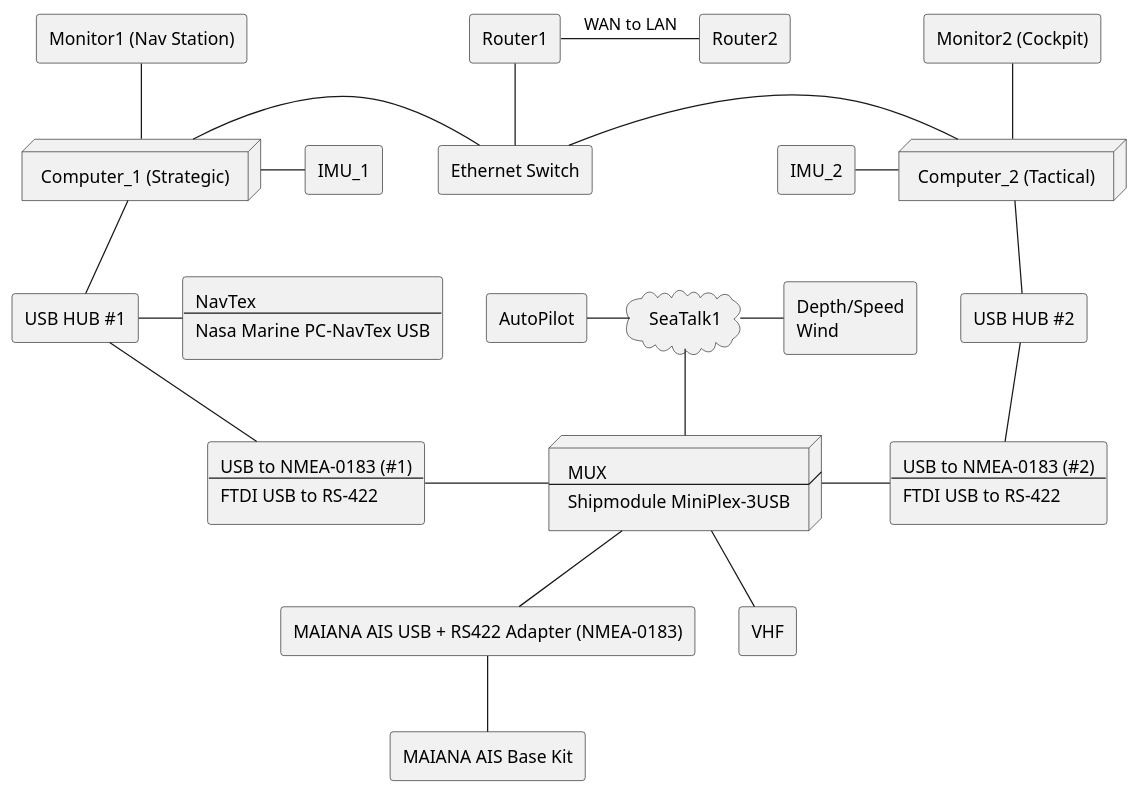
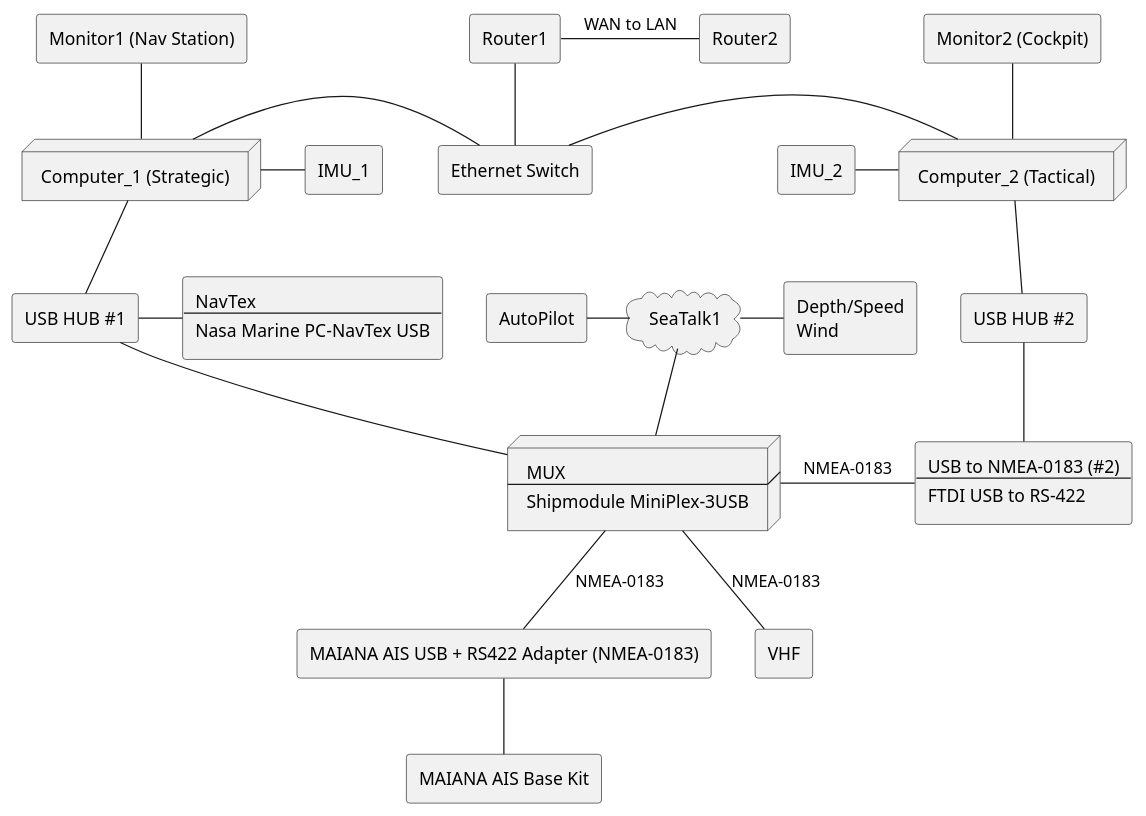
Before and after one commit to SY-Alcazar/SY-Alcazar: the diagram in docs/plantuml/two-comp-arch.puml, drawn with PlantUML.

```diff
--- a/docs/plantuml/two-comp-arch.puml
+++ b/docs/plantuml/two-comp-arch.puml
@@ -1,128 +1,121 @@
 @startuml
 
 rectangle AIS [
  MAIANA AIS Base Kit
 ]
 
 rectangle AIS_to_NMEA [
  MAIANA AIS USB + RS422 Adapter (NMEA-0183)
 ]
 
 node MUX [
  MUX
  ----
  Shipmodule MiniPlex-3USB
 ]
 
 node comp1 [
  Computer_1 (Strategic)
 ]
 
 node comp2 [
  Computer_2 (Tactical)
 ]
 
 rectangle usb_hub1 [
  USB HUB #1
 ]
 
 rectangle usb_hub2 [
  USB HUB #2
 ]
 
 
 rectangle router1 [
  Router1
 ]
 
 rectangle router2 [
  Router2
 ]
 
 rectangle Eth_switch [
  Ethernet Switch
 ]
 
 rectangle mon1 [
  Monitor1 (Nav Station)
 ]
 
 rectangle mon2 [
  Monitor2 (Cockpit)
 ]
 
-rectangle USB_to_Serial1 [
- USB to NMEA-0183 (#1)
- ----
- FTDI USB to RS-422
-]
-
 rectangle USB_to_Serial2 [
  USB to NMEA-0183 (#2)
  ----
  FTDI USB to RS-422
 ]
 
 cloud seatalk [
  SeaTalk1
 ]
 
 rectangle instr [
  Depth/Speed
  Wind
 ]
 
 rectangle AP [
  AutoPilot
 ]
 
 rectangle IMU1 [
  IMU_1
 ]
 
 rectangle IMU2 [
  IMU_2
 ]
 
 rectangle VHF [
  VHF
 ]
 
 rectangle NavTex [
  NavTex
  ----
  Nasa Marine PC-NavTex USB
 ]
 
 AIS -u- AIS_to_NMEA
 
-MUX -- AIS_to_NMEA
-MUX -l- USB_to_Serial1
-MUX -r- USB_to_Serial2
+MUX -- AIS_to_NMEA : NMEA-0183
+MUX -r- USB_to_Serial2 : NMEA-0183
 MUX -u- seatalk
-MUX -- VHF
+MUX -- VHF : NMEA-0183
 
 seatalk -r- instr
 seatalk -l- AP
 
 comp1 -u- mon1
 comp2 -u- mon2
 
 comp1 -r- IMU1
 comp2 -l- IMU2
 
 usb_hub1 -r- NavTex
 
 comp1 -d- usb_hub1
 comp2 -d- usb_hub2
 
-usb_hub1 -- USB_to_Serial1
+usb_hub1 -- MUX
 usb_hub2 -- USB_to_Serial2
 
 router1 -r- router2 : WAN to LAN
 Eth_switch -u- router1
 
 Eth_switch -l- comp1
 Eth_switch -r- comp2
 
 @enduml
```
